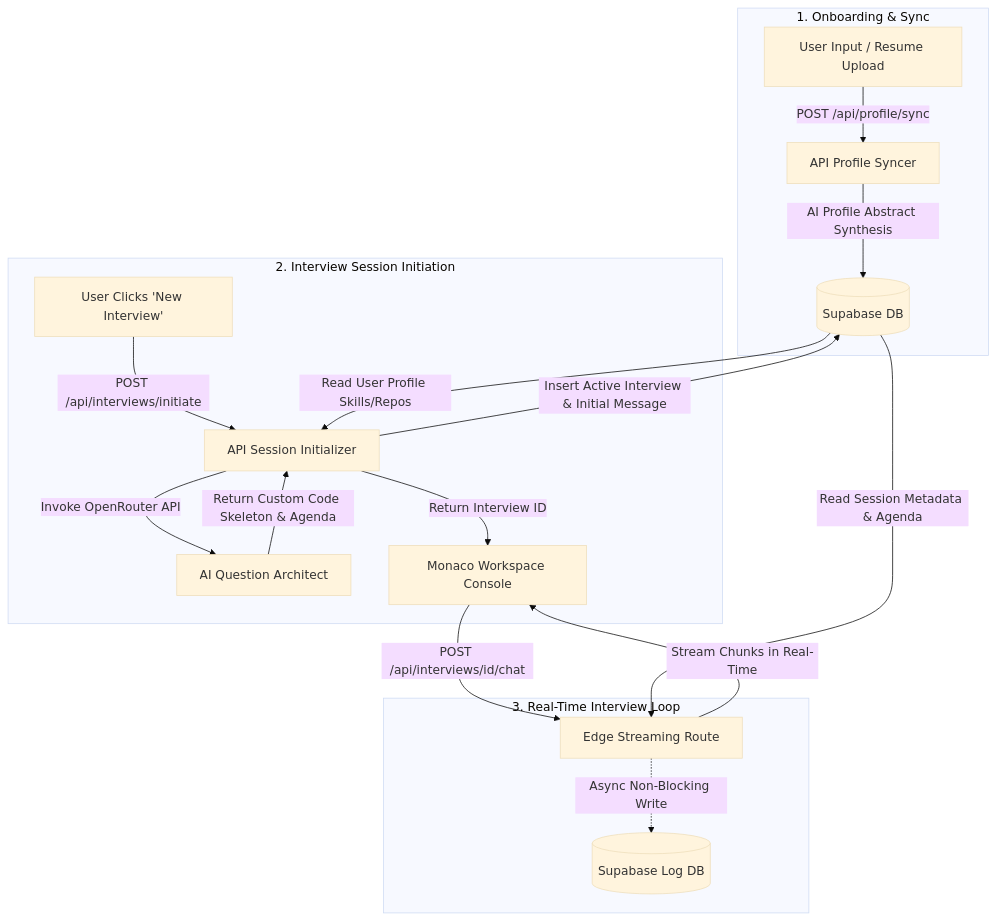
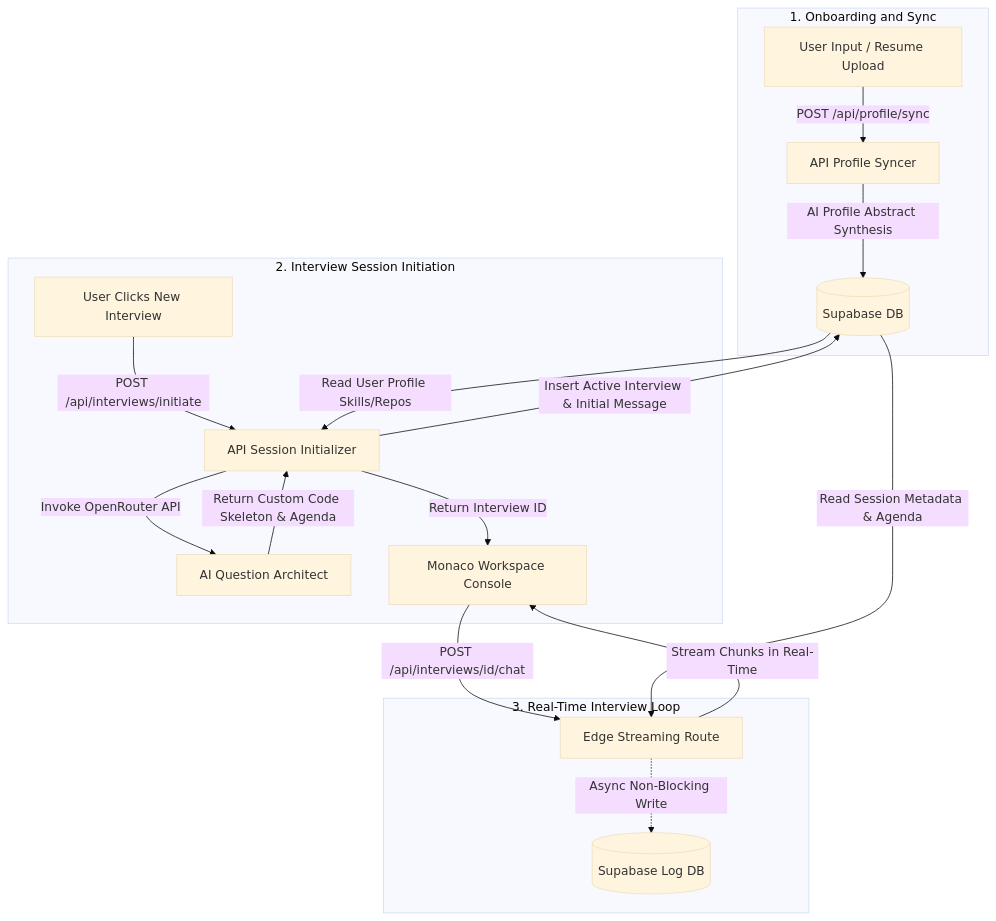
One commit to KeshavSwami04/Interview-OS changed the first of 2 diagrams in README.md. Above: the diagram before and after it, drawn with Mermaid (base theme). The commit also changed other lines of this file, not shown here.

````diff
--- a/README.md
+++ b/README.md
@@ -12,23 +16,23 @@
 ```mermaid
 graph TD
-    subgraph Onboarding ["1. Onboarding & Sync"]
+    subgraph Onboarding ["1. Onboarding and Sync"]
         A[User Input / Resume Upload] -->|POST /api/profile/sync| B[API Profile Syncer]
         B -->|AI Profile Abstract Synthesis| C[(Supabase DB)]
     end
 
     subgraph SessionInit ["2. Interview Session Initiation"]
-        D[User Clicks 'New Interview'] -->|POST /api/interviews/initiate| E[API Session Initializer]
+        D[User Clicks New Interview] -->|POST /api/interviews/initiate| E[API Session Initializer]
         C -->|Read User Profile Skills/Repos| E
         E -->|Invoke OpenRouter API| F[AI Question Architect]
         F -->|Return Custom Code Skeleton & Agenda| E
         E -->|Insert Active Interview & Initial Message| C
         E -->|Return Interview ID| G[Monaco Workspace Console]
     end
 
     subgraph WorkspaceLoop ["3. Real-Time Interview Loop"]
         G -->|POST /api/interviews/id/chat| H[Edge Streaming Route]
         C -->|Read Session Metadata & Agenda| H
         H -->|Stream Chunks in Real-Time| G
         H -.->|Async Non-Blocking Write| I[(Supabase Log DB)]
     end
 ```
````
